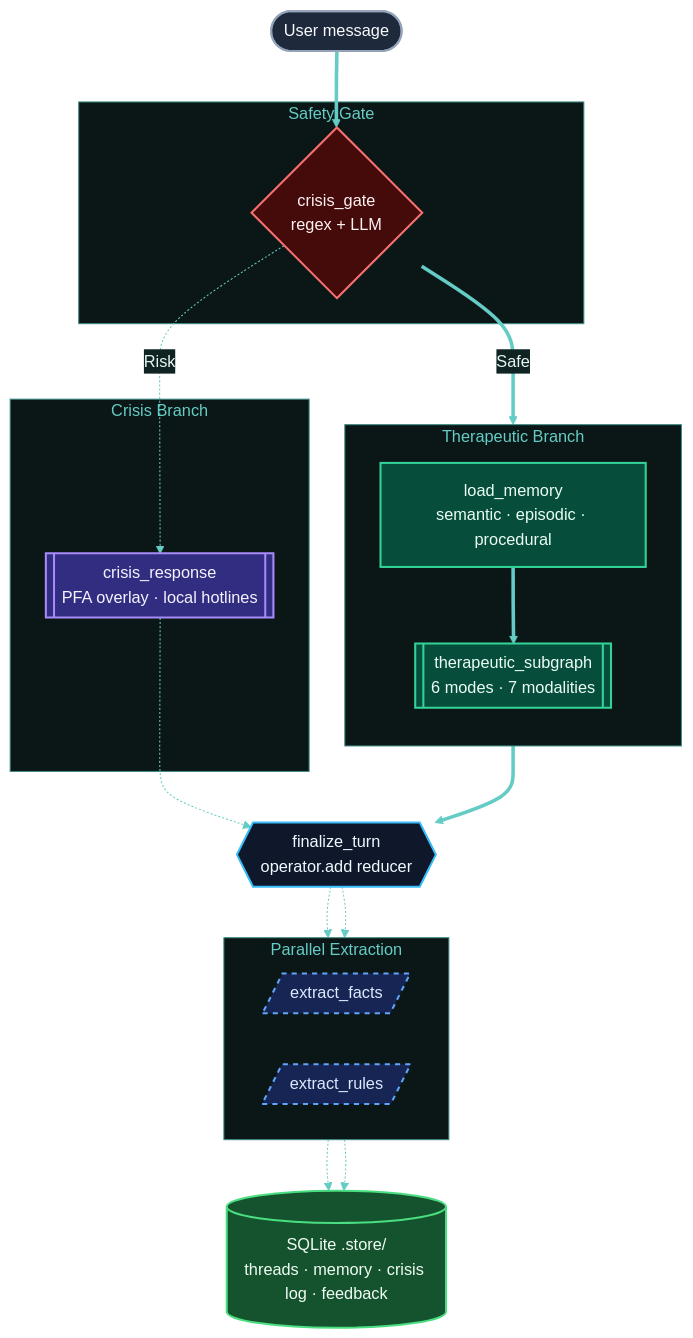
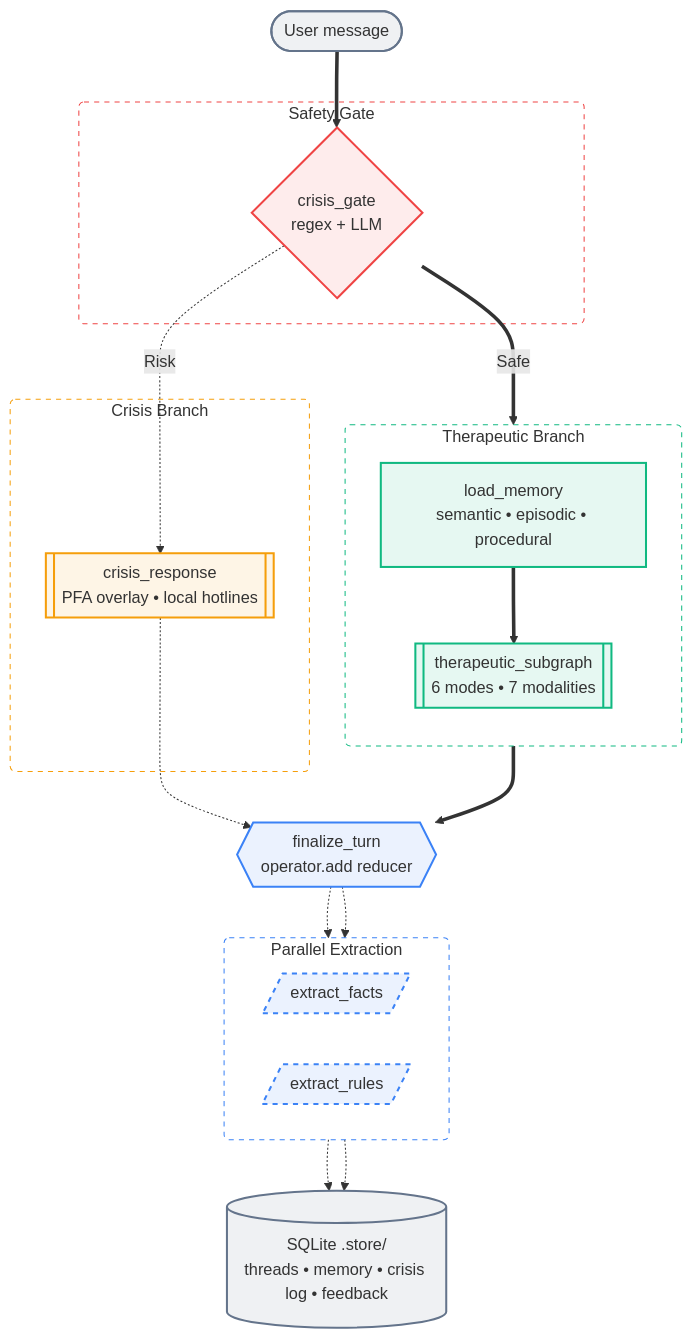
The diagram in README.md (whanyu1212/OpenCouch), drawn with Mermaid before and after one commit. The commit also changed other lines of this file and 22 other files, not shown here.

Commit message:
feat(voice): rewrite realtime voice flow and polish experimental ui

````diff
--- a/README.md
+++ b/README.md
@@ -126,66 +144,53 @@
 ```mermaid
-%%{init: {
-  "theme": "base",
-  "themeVariables": {
-    "primaryColor": "#1a3a38",
-    "primaryTextColor": "#e8f5f3",
-    "primaryBorderColor": "#3d8b84",
-    "lineColor": "#64CCC5",
-    "secondaryColor": "#0f2422",
-    "tertiaryColor": "#0d1f1e",
-    "background": "#0d1f1e",
-    "mainBkg": "#1a3a38",
-    "nodeBorder": "#3d8b84",
-    "clusterBkg": "#0b1716",
-    "clusterBorder": "#3d8b84",
-    "titleColor": "#64CCC5",
-    "edgeLabelBackground": "#0f2422",
-    "fontFamily": "ui-monospace, monospace"
-  }
-}}%%
 flowchart TD
-    %% Define Node Styles
-    classDef inputNode fill:#1E293B,stroke:#94A3B8,stroke-width:2px,color:#F8FAFC
-    classDef gateNode fill:#450A0A,stroke:#F87171,stroke-width:2px,color:#FEF2F2
-    classDef safeNode fill:#064E3B,stroke:#34D399,stroke-width:2px,color:#ECFDF5
-    classDef riskNode fill:#312E81,stroke:#A78BFA,stroke-width:2px,color:#F5F3FF
-    classDef sysNode fill:#0F172A,stroke:#38BDF8,stroke-width:2px,color:#F0F9FF
-    classDef bgTask fill:#172554,stroke:#60A5FA,stroke-width:2px,color:#DBEAFE,stroke-dasharray: 5 5
-    classDef dbNode fill:#14532D,stroke:#4ADE80,stroke-width:2px,color:#F0FDF4
+    %% Define Node Styles (Tinted for Light/Dark Mode)
+    classDef inputNode fill:#64748B1A,stroke:#64748B,stroke-width:2px
+    classDef gateNode fill:#EF44441A,stroke:#EF4444,stroke-width:2px
+    classDef safeNode fill:#10B9811A,stroke:#10B981,stroke-width:2px
+    classDef riskNode fill:#F59E0B1A,stroke:#F59E0B,stroke-width:2px
+    classDef sysNode fill:#3B82F61A,stroke:#3B82F6,stroke-width:2px
+    classDef bgTask fill:#3B82F61A,stroke:#3B82F6,stroke-width:2px,stroke-dasharray: 5 5
+    classDef dbNode fill:#64748B1A,stroke:#64748B,stroke-width:2px
 
     IN(["User message"]):::inputNode
 
     subgraph GATE ["Safety Gate"]
-        CG{"crisis_gate\nregex + LLM"}:::gateNode
+        CG{"crisis_gate<br/>regex + LLM"}:::gateNode
     end
 
     subgraph SAFE ["Therapeutic Branch"]
         direction TB
-        LM["load_memory\nsemantic · episodic · procedural"]:::safeNode
-        TS[["therapeutic_subgraph\n6 modes · 7 modalities"]]:::safeNode
+        LM["load_memory<br/>semantic • episodic • procedural"]:::safeNode
+        TS[["therapeutic_subgraph<br/>6 modes • 7 modalities"]]:::safeNode
         LM ==> TS
     end
 
     subgraph RISK ["Crisis Branch"]
-        CR[["crisis_response\nPFA overlay · local hotlines"]]:::riskNode
+        CR[["crisis_response<br/>PFA overlay • local hotlines"]]:::riskNode
     end
 
-    FT{{"finalize_turn\noperator.add reducer"}}:::sysNode
+    FT{{"finalize_turn<br/>operator.add reducer"}}:::sysNode
 
     subgraph EXTRACT ["Parallel Extraction"]
         direction LR
         EF[/"extract_facts"/]:::bgTask
         EP[/"extract_rules"/]:::bgTask
     end
 
-    DB[("SQLite .store/\nthreads · memory · crisis log · feedback")]:::dbNode
+    DB[("SQLite .store/<br/>threads • memory • crisis log • feedback")]:::dbNode
 
     %% Logic Flows
     IN ==> CG
     CG ==>|Safe| LM
     CG -.->|Risk| CR
     TS ==> FT
     CR -.-> FT
     FT -.-> EF & EP
     EF & EP -.-> DB
+
+    %% Subgraph Styling (Removes default gray background)
+    style GATE fill:none,stroke:#EF4444,stroke-width:1px,stroke-dasharray: 5 5,rx:5,ry:5
+    style SAFE fill:none,stroke:#10B981,stroke-width:1px,stroke-dasharray: 5 5,rx:5,ry:5
+    style RISK fill:none,stroke:#F59E0B,stroke-width:1px,stroke-dasharray: 5 5,rx:5,ry:5
+    style EXTRACT fill:none,stroke:#3B82F6,stroke-width:1px,stroke-dasharray: 5 5,rx:5,ry:5
 ```
````
